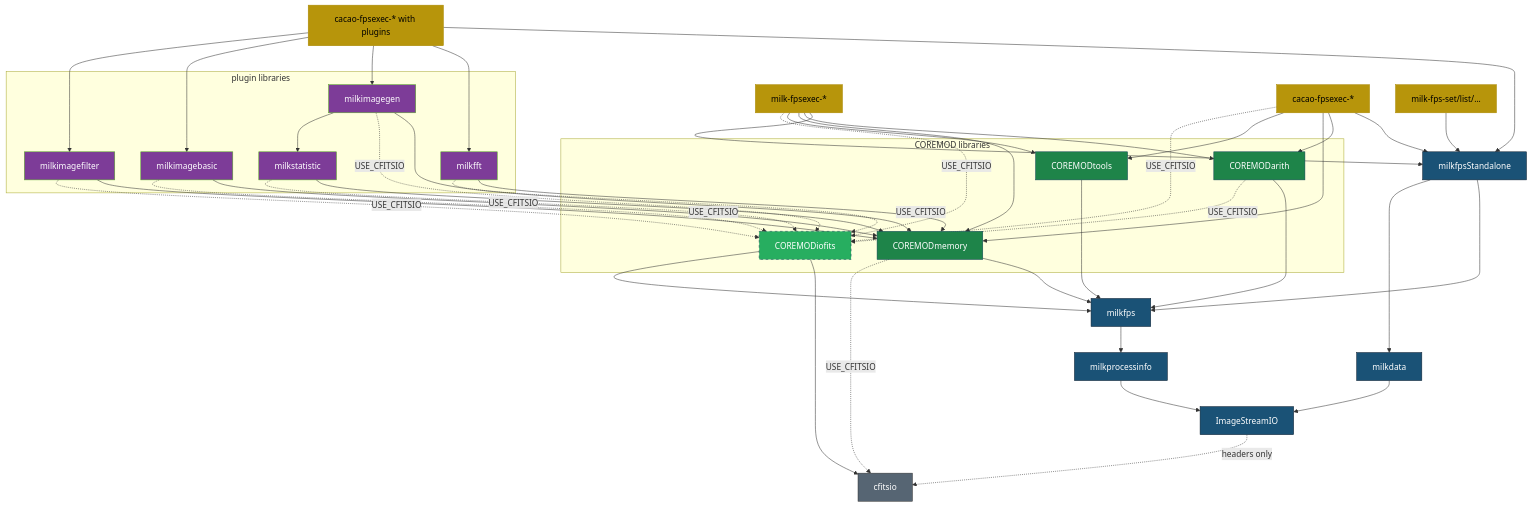
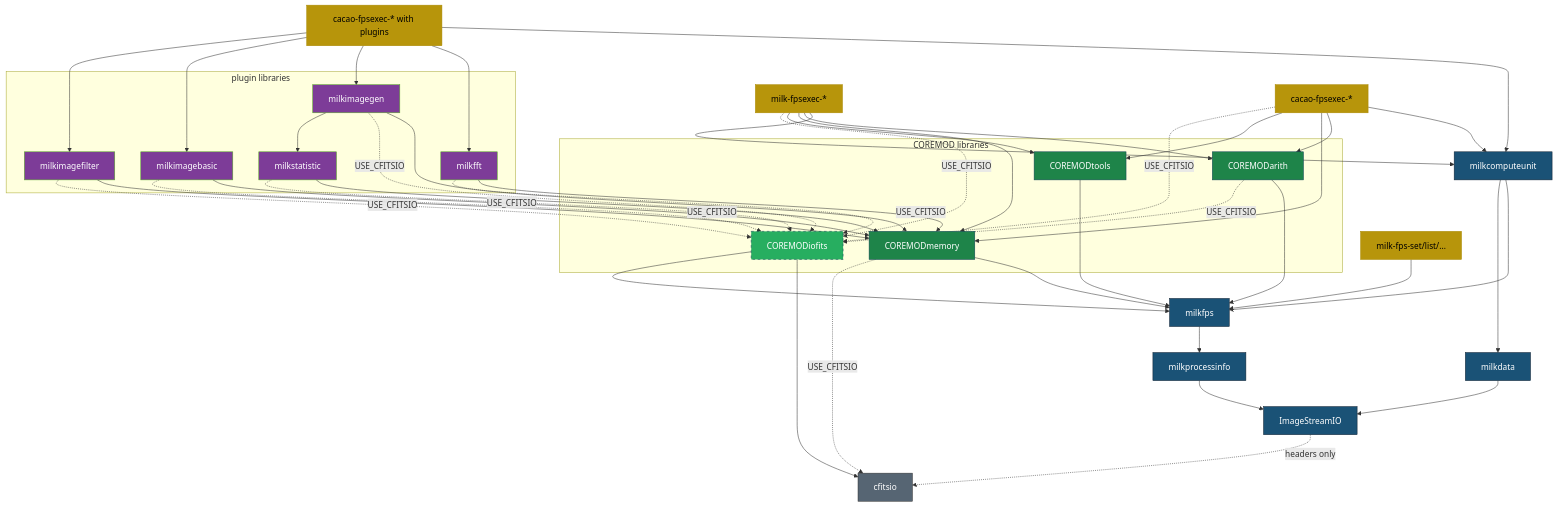
Before and after one commit to milk-org/milk: the third of 3 diagrams in docs/arch/dependency_graph.md, drawn with Mermaid. The commit also changed other lines of this file and 161 other files, not shown here.

````diff
--- a/docs/arch/dependency_graph.md
+++ b/docs/arch/dependency_graph.md
@@ -225,80 +229,80 @@
 ```mermaid
 graph TD
     CFITSIO["cfitsio"]:::ext
     ISIO["ImageStreamIO"]:::core
     PROCINFO["milkprocessinfo"]:::core
     FPS["milkfps"]:::core
     MILKDATA["milkdata"]:::core
-    FPSSA["milkfpsStandalone"]:::core
+    FPSSA["milkcomputeunit"]:::core
 
     subgraph corecomp ["COREMOD libraries"]
         ARITH_C["COREMODarith"]:::compute
         IOFITS_C["COREMODiofits"]:::compute_fits
         MEMORY_C["COREMODmemory"]:::compute
         TOOLS_C["COREMODtools"]:::compute
     end
 
     subgraph plugcomp ["plugin libraries"]
         FFT_C["milkfft"]:::plugcomp
         IMGGEN_C["milkimagegen"]:::plugcomp
         IMGBASIC_C["milkimagebasic"]:::plugcomp
         IMGFILT_C["milkimagefilter"]:::plugcomp
         STAT_C["milkstatistic"]:::plugcomp
     end
 
     MILKEXE["milk-fpsexec-*"]:::exe
     CACAOEXE["cacao-fpsexec-*"]:::exe
     CACAOEXE_P["cacao-fpsexec-* with plugins"]:::exe
     FPSTOOLS["milk-fps-set/list/..."]:::exe
 
     ISIO -.->|headers only| CFITSIO
     PROCINFO --> ISIO
     FPS --> PROCINFO
     MILKDATA --> ISIO
     FPSSA --> FPS
     FPSSA --> MILKDATA
 
     IOFITS_C --> CFITSIO
     IOFITS_C --> FPS
     ARITH_C --> FPS
     ARITH_C -.->|USE_CFITSIO| IOFITS_C
     MEMORY_C --> FPS
     MEMORY_C -.->|USE_CFITSIO| CFITSIO
     TOOLS_C --> FPS
 
     FFT_C --> MEMORY_C
     FFT_C -.->|USE_CFITSIO| IOFITS_C
     IMGGEN_C --> MEMORY_C
     IMGGEN_C -.->|USE_CFITSIO| IOFITS_C
     IMGBASIC_C --> MEMORY_C
     IMGBASIC_C -.->|USE_CFITSIO| IOFITS_C
     IMGFILT_C --> MEMORY_C
     IMGFILT_C -.->|USE_CFITSIO| IOFITS_C
     STAT_C --> MEMORY_C
     STAT_C -.->|USE_CFITSIO| IOFITS_C
     IMGGEN_C --> STAT_C
 
     MILKEXE --> FPSSA
     MILKEXE --> ARITH_C
     MILKEXE --> MEMORY_C
     MILKEXE --> TOOLS_C
     MILKEXE -.->|USE_CFITSIO| IOFITS_C
     CACAOEXE --> FPSSA
     CACAOEXE --> ARITH_C
     CACAOEXE --> MEMORY_C
     CACAOEXE --> TOOLS_C
     CACAOEXE -.->|USE_CFITSIO| IOFITS_C
     CACAOEXE_P --> FPSSA
     CACAOEXE_P --> FFT_C
     CACAOEXE_P --> IMGGEN_C
     CACAOEXE_P --> IMGBASIC_C
     CACAOEXE_P --> IMGFILT_C
-    FPSTOOLS --> FPSSA
+    FPSTOOLS --> FPS
 
     classDef ext fill:#566573,stroke:#333,color:#fff
     classDef core fill:#1a5276,stroke:#123,color:#fff
     classDef compute fill:#1e8449,stroke:#145,color:#fff
     classDef compute_fits fill:#27ae60,stroke:#145,color:#fff,stroke-dasharray: 5 5
     classDef plugcomp fill:#7d3c98,stroke:#5a2,color:#fff
     classDef exe fill:#b7950b,stroke:#a80,color:#000
 ```
````
